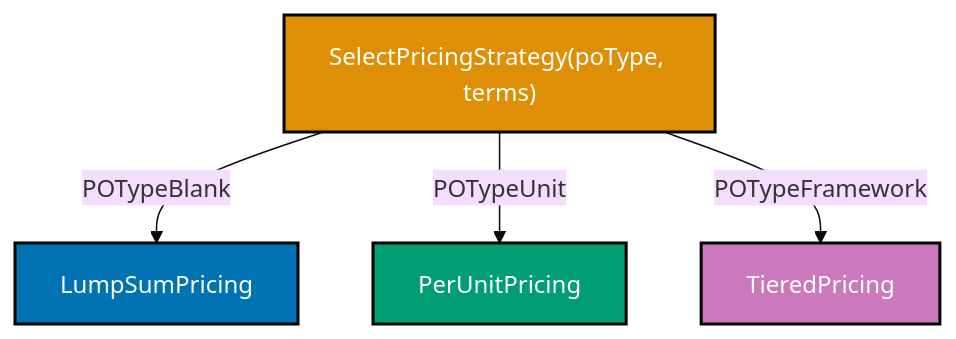
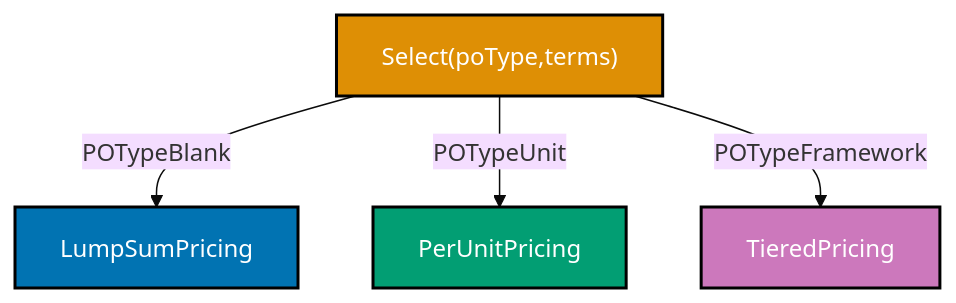
The fifth of 23 diagrams in apps/ayokoding-www/content/en/learn/software-engineering/software-architecture/patterns-and-principles/in-procedural-by-example/intermediate.md (wahidyankf/baseerah), drawn with Mermaid (base theme) before and after one commit. The commit also changed other lines of this file and 88 other files, not shown here.

First line of the commit message:
fix(ayokoding-www): resolve pre-existing Mermaid violations, exclude fixtures/plans-done

````diff
--- a/apps/ayokoding-www/content/en/learn/software-engineering/software-architecture/patterns-and-principles/in-procedural-by-example/intermediate.md
+++ b/apps/ayokoding-www/content/en/learn/software-engineering/software-architecture/patterns-and-principles/in-procedural-by-example/intermediate.md
@@ -603,15 +603,15 @@
 ```mermaid
 graph TD
-    A["SelectPricingStrategy#40;poType, terms#41;"]:::orange
+    A["Select#40;poType,terms#41;"]:::orange
     B["LumpSumPricing"]:::blue
     C["PerUnitPricing"]:::teal
     D["TieredPricing"]:::purple
     A -->|POTypeBlank| B
     A -->|POTypeUnit| C
     A -->|POTypeFramework| D
 
     classDef orange fill:#DE8F05,stroke:#000000,color:#FFFFFF,stroke-width:2px
     classDef blue fill:#0173B2,stroke:#000000,color:#FFFFFF,stroke-width:2px
     classDef teal fill:#029E73,stroke:#000000,color:#FFFFFF,stroke-width:2px
     classDef purple fill:#CC78BC,stroke:#000000,color:#FFFFFF,stroke-width:2px
 ```
````
